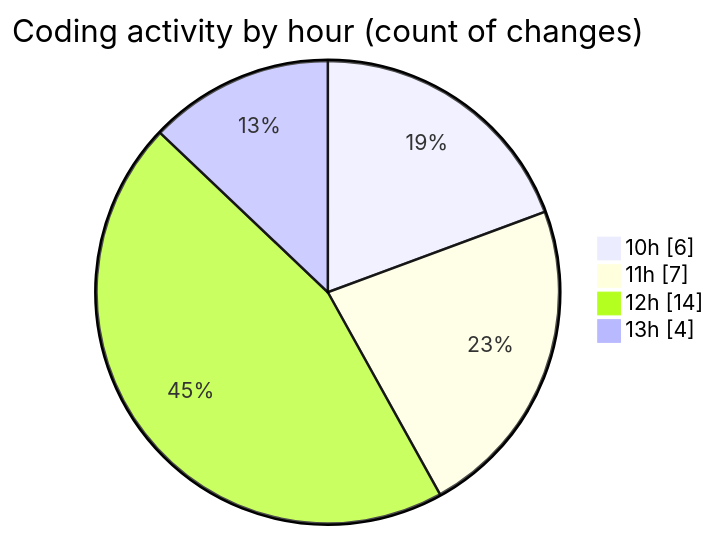
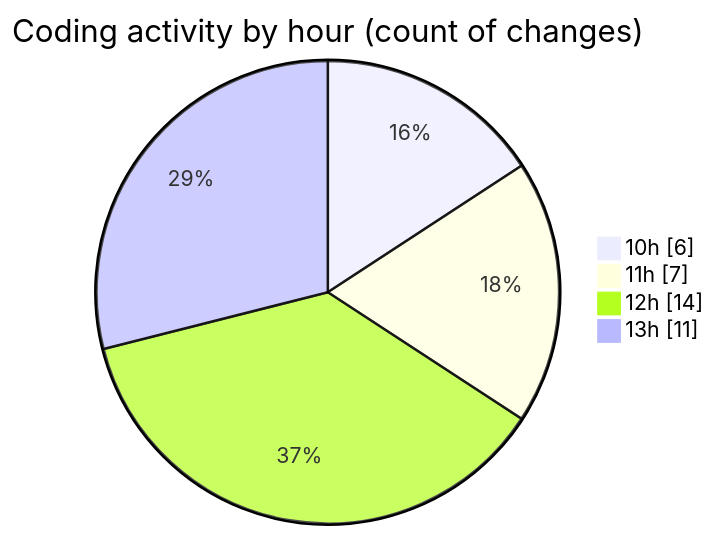
Before and after one commit to momahboobian/code-tracking: the second of 2 diagrams in 2025-06-23/cda/README.md, drawn with Mermaid. The commit also changed other lines of this file and 1 other file, not shown here.

````diff
--- a/2025-06-23/cda/README.md
+++ b/2025-06-23/cda/README.md
@@ -35,8 +35,8 @@
 ```mermaid
 pie showData
 title Coding activity by hour (count of changes)
 "10h" : 6
 "11h" : 7
 "12h" : 14
-"13h" : 4
+"13h" : 11
 ```
````
